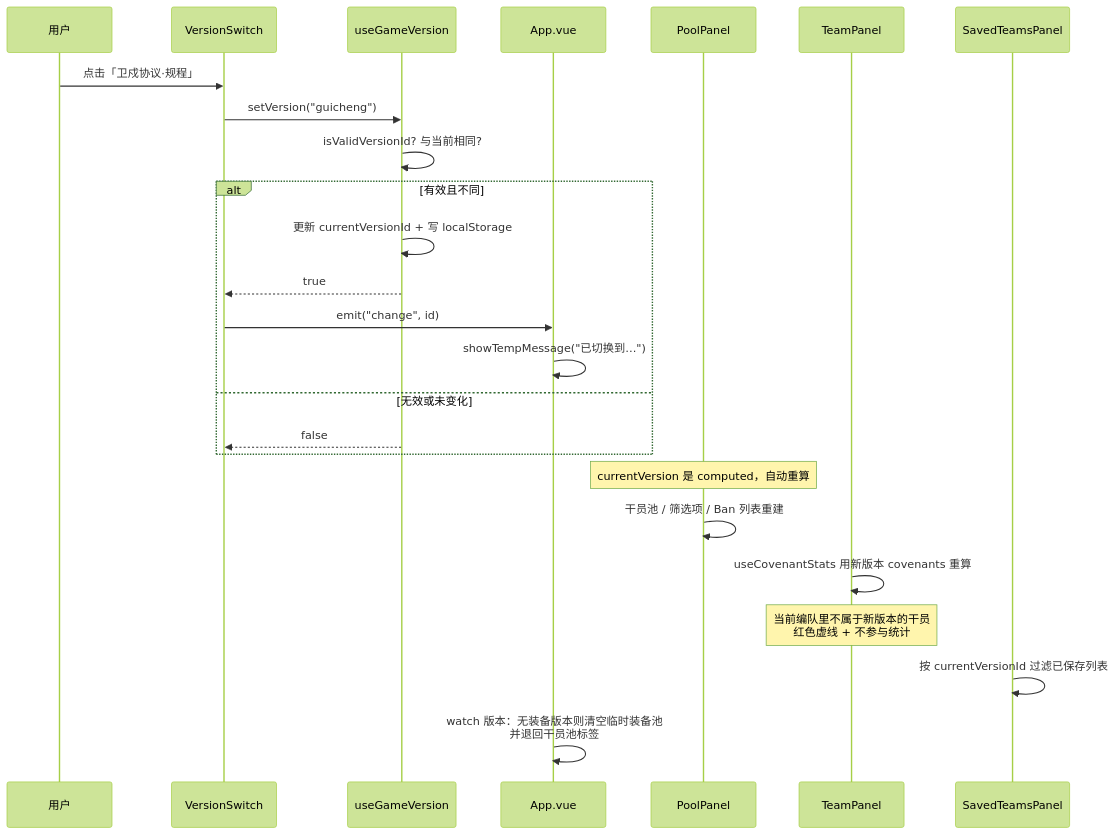
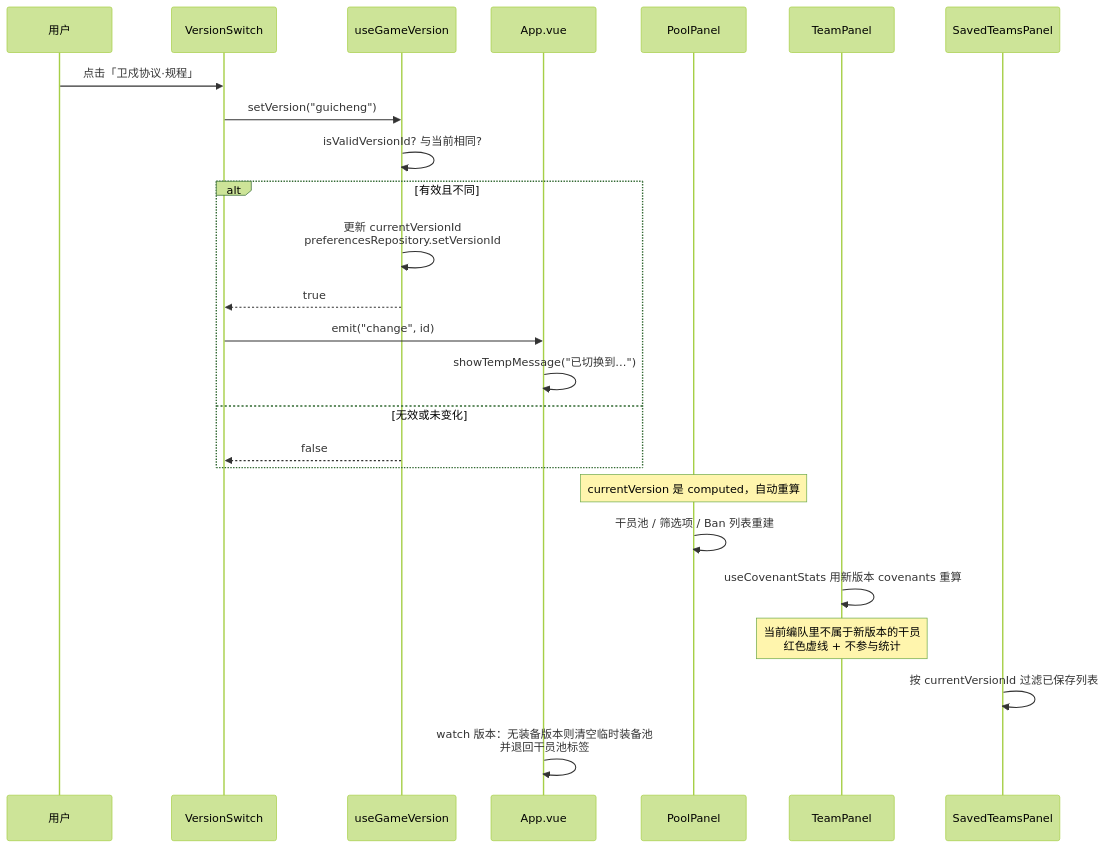
The second of 9 diagrams in architecture/data-flow.md (yeyeye613/Arknights-alliance-tool), drawn with Mermaid (forest theme) before and after one commit. The commit also changed other lines of this file and 7 other files, not shown here.

````diff
--- a/architecture/data-flow.md
+++ b/architecture/data-flow.md
@@ -38,29 +38,29 @@
 ```mermaid
 sequenceDiagram
   participant U as 用户
   participant VS as VersionSwitch
   participant GV as useGameVersion
   participant A as App.vue
   participant P as PoolPanel
   participant T as TeamPanel
   participant S as SavedTeamsPanel
 
   U->>VS: 点击「卫戍协议·规程」
   VS->>GV: setVersion("guicheng")
   GV->>GV: isValidVersionId? 与当前相同?
   alt 有效且不同
-    GV->>GV: 更新 currentVersionId + 写 localStorage
+    GV->>GV: 更新 currentVersionId<br/>preferencesRepository.setVersionId
     GV-->>VS: true
     VS->>A: emit("change", id)
     A->>A: showTempMessage("已切换到…")
   else 无效或未变化
     GV-->>VS: false
   end
 
   Note over P: currentVersion 是 computed，自动重算
   P->>P: 干员池 / 筛选项 / Ban 列表重建
   T->>T: useCovenantStats 用新版本 covenants 重算
   Note over T: 当前编队里不属于新版本的干员<br/>红色虚线 + 不参与统计
   S->>S: 按 currentVersionId 过滤已保存列表
   A->>A: watch 版本：无装备版本则清空临时装备池<br/>并退回干员池标签
 ```
````
